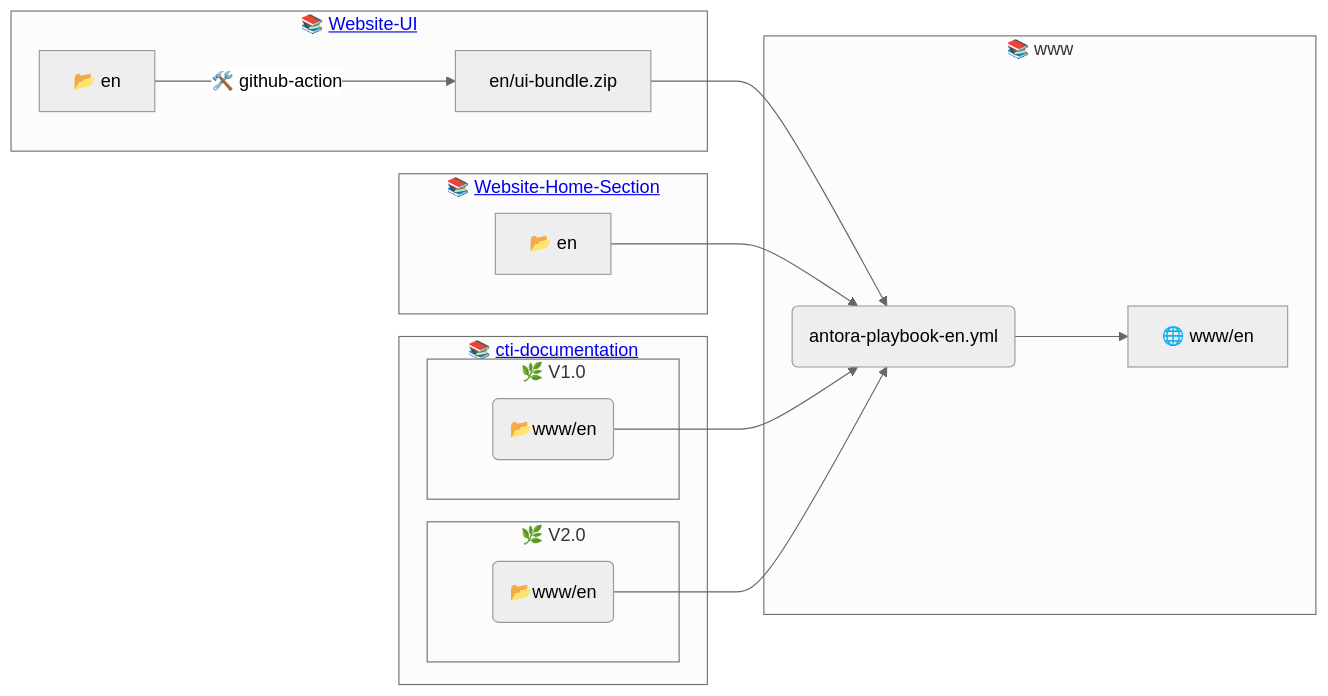
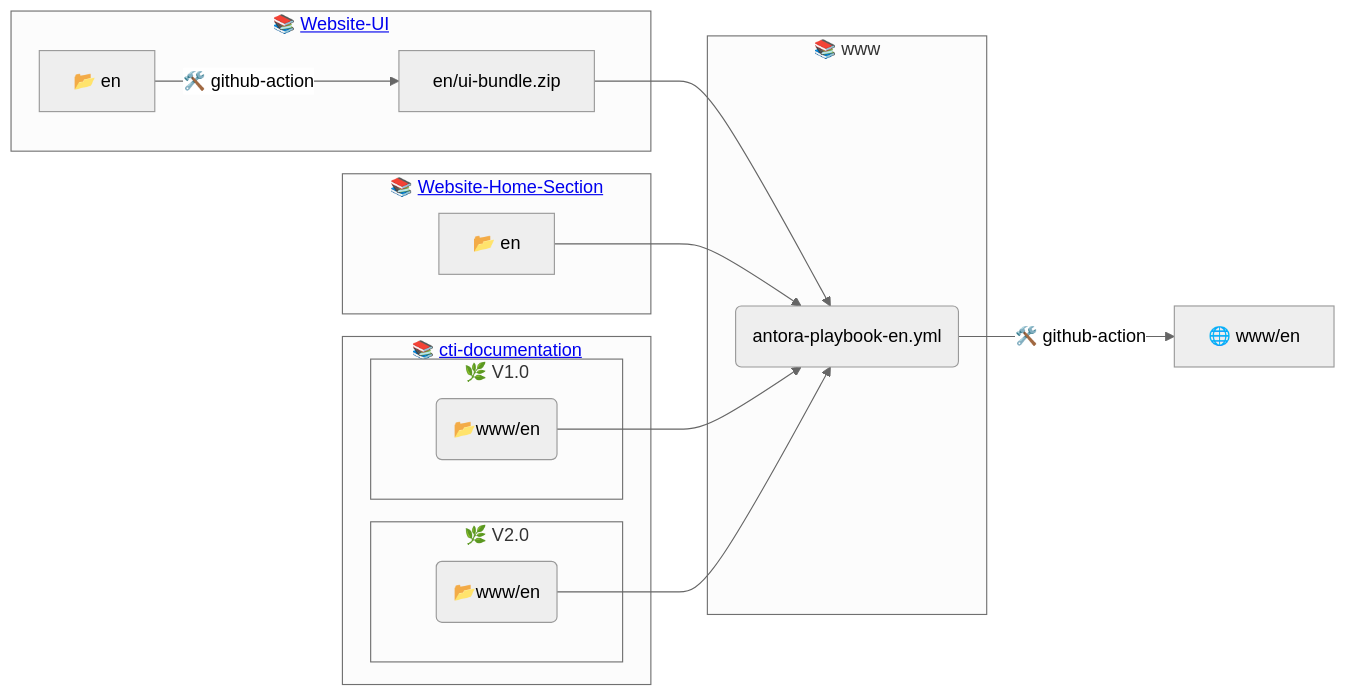
Before and after one commit to j-medland/www: the diagram in README.md, drawn with Mermaid (neutral theme).

Commit message:
added output

````diff
--- a/README.md
+++ b/README.md
@@ -15,22 +15,23 @@
 ```mermaid
 flowchart LR
     subgraph www["📚 www"]
-        en-antora-playbook(antora-playbook-en.yml)--->en-output
+        en-antora-playbook(antora-playbook-en.yml)
     end
     subgraph website-ui["📚 <a href='https://github.com/LabVIEWCommunityTraining/website-ui'>Website-UI</a>"]
-        en-ui["📂 en"]--->|🛠️ github-action|en-ui-bundle
+        en-ui["📂 en"]-->|🛠️ github-action|en-ui-bundle
         en-ui-bundle[en/ui-bundle.zip]-->en-antora-playbook
     end
     subgraph website-home["📚 <a href='https://github.com/LabVIEWCommunityTraining/website-home-section'>Website-Home-Section</a>"]
         en-hs["📂 en"]-->en-antora-playbook
-        end
+    end
     subgraph cti-docs["📚 <a href='https://github.com/LabVIEWCommunityTraining/cti-documentation'>cti-documentation</a>"]
         subgraph v1["🌿 V1.0"]
             en-conv1(📂www/en)-->en-antora-playbook
         end
         subgraph v2["🌿 V2.0"]
             en-conv2(📂www/en)-->en-antora-playbook
         end
     end
     en-output["🌐 www/en"]
+    en-antora-playbook-->|🛠️ github-action|en-output
 ```
````
